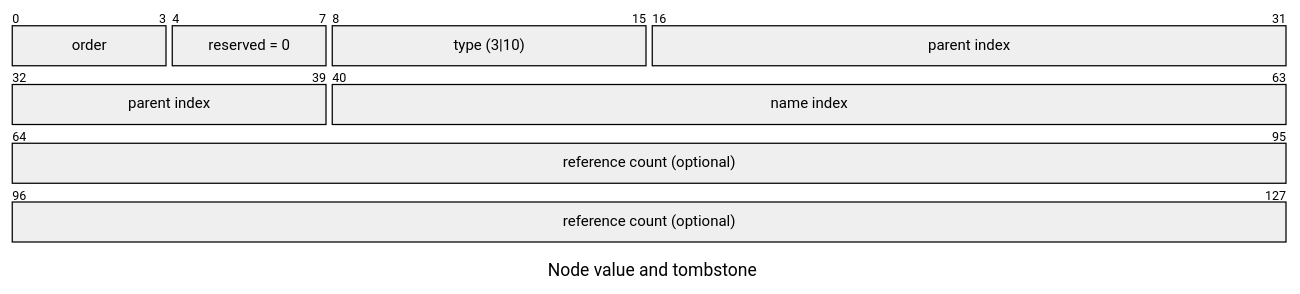
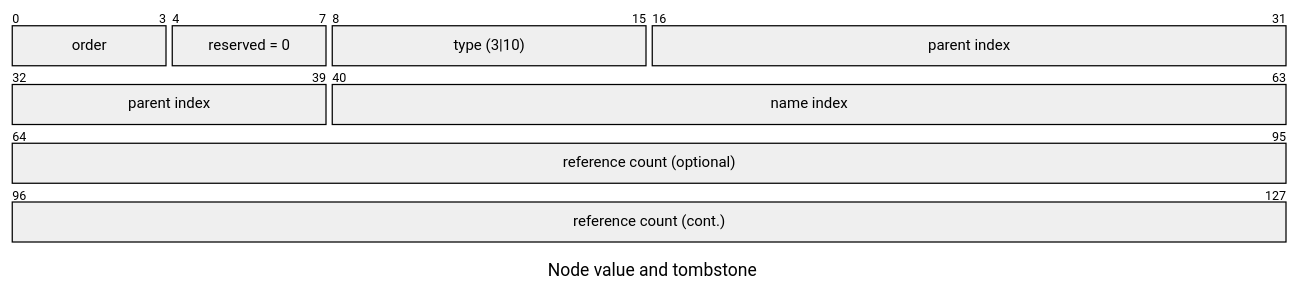
Before and after one commit to misttech/mist-os: the fifth of 12 diagrams in docs/reference/platform-spec/diagnostics/inspect-vmo-format.md, drawn with Mermaid. The commit also changed other lines of this file, not shown here.

````diff
--- a/docs/reference/platform-spec/diagnostics/inspect-vmo-format.md
+++ b/docs/reference/platform-spec/diagnostics/inspect-vmo-format.md
@@ -266,12 +270,13 @@
 ```mermaid
 ---
 title: "Node value and tombstone"
 ---
 packet-beta
 0-3: "order"
 4-7: "reserved = 0"
 8-15: "type (3|10)"
 16-39: "parent index"
 40-63: "name index"
-64-127: "reference count (optional)"
+64-95: "reference count (optional)"
+96-127: "reference count (cont.)"
 ```
````
